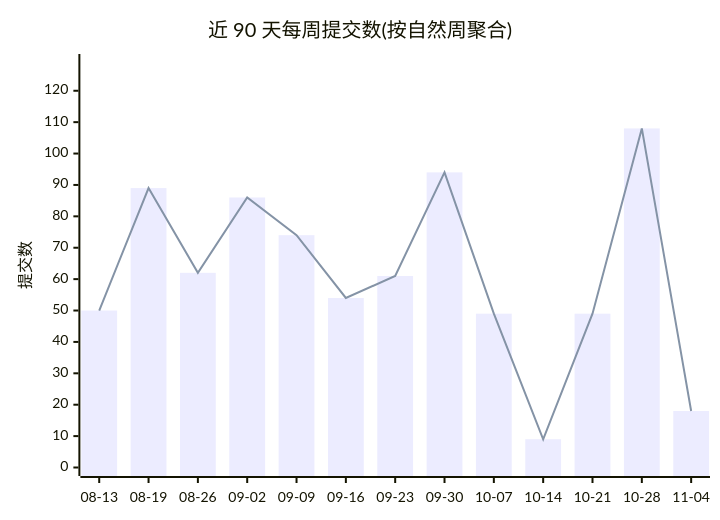
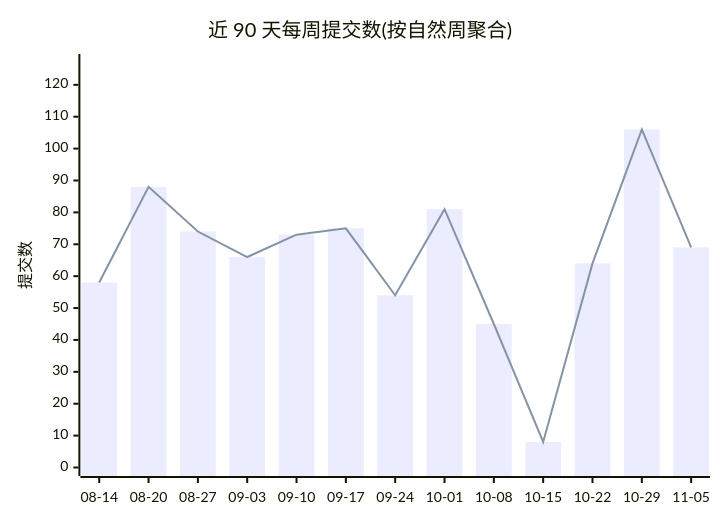
The first of 2 diagrams in profile/README.md (Conflux-Union/.github), drawn with Mermaid before and after one commit. The commit also changed other lines of this file and 1 other file, not shown here.

````diff
--- a/profile/README.md
+++ b/profile/README.md
@@ -47,8 +47,8 @@
 ```mermaid
 xychart-beta
     title "近 90 天每周提交数(按自然周聚合)"
-    x-axis ["08-13", "08-19", "08-26", "09-02", "09-09", "09-16", "09-23", "09-30", "10-07", "10-14", "10-21", "10-28", "11-04"]
-    y-axis "提交数" 0 --> 129
-    bar [50, 89, 62, 86, 74, 54, 61, 94, 49, 9, 49, 108, 18]
-    line [50, 89, 62, 86, 74, 54, 61, 94, 49, 9, 49, 108, 18]
+    x-axis ["08-14", "08-20", "08-27", "09-03", "09-10", "09-17", "09-24", "10-01", "10-08", "10-15", "10-22", "10-29", "11-05"]
+    y-axis "提交数" 0 --> 127
+    bar [58, 88, 74, 66, 73, 75, 54, 81, 45, 8, 64, 106, 69]
+    line [58, 88, 74, 66, 73, 75, 54, 81, 45, 8, 64, 106, 69]
 ```
````
